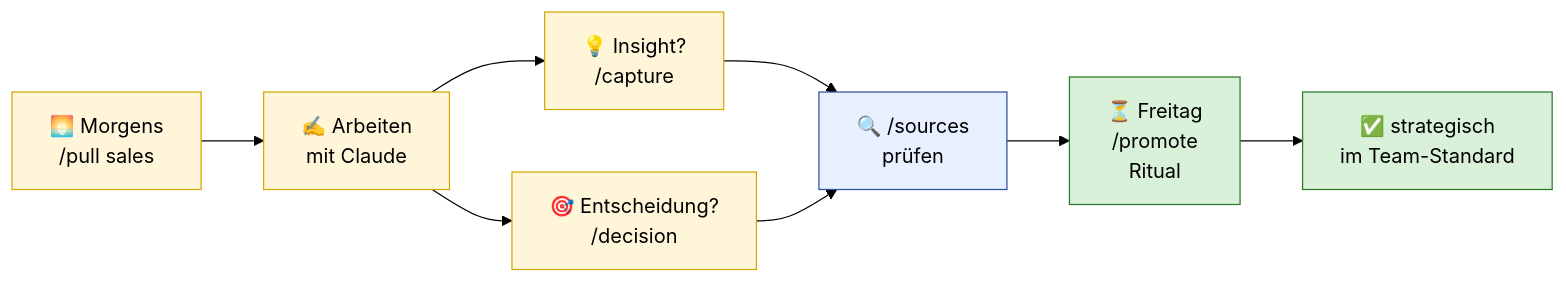
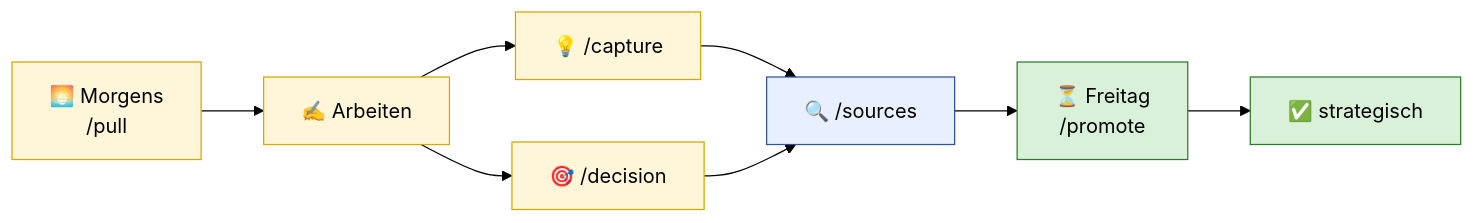
One commit to Ryzon-Performance-Sports-Apparel/mcp-setup changed the fourth of 4 diagrams in docs/knowledge-setup/meeting-agenda-sophie-luca.md. Above: the diagram before and after it, drawn with Mermaid (forest theme). The commit also changed other lines of this file, not shown here.

First line of the commit message:
docs: add 5 dimensions as central building block + simplify diagrams

````diff
--- a/docs/knowledge-setup/meeting-agenda-sophie-luca.md
+++ b/docs/knowledge-setup/meeting-agenda-sophie-luca.md
@@ -60,18 +127,18 @@
 ```mermaid
 flowchart LR
-    A["🌅 Morgens<br/>/pull sales"] --> B["✍️ Arbeiten<br/>mit Claude"]
-    B --> C["💡 Insight?<br/>/capture"]
-    B --> D["🎯 Entscheidung?<br/>/decision"]
-    C --> E["🔍 /sources<br/>prüfen"]
+    A["🌅 Morgens<br/>/pull"] --> B["✍️ Arbeiten"]
+    B --> C["💡 /capture"]
+    B --> D["🎯 /decision"]
+    C --> E["🔍 /sources"]
     D --> E
-    E --> F["⏳ Freitag<br/>/promote<br/>Ritual"]
-    F --> G["✅ strategisch<br/>im Team-Standard"]
+    E --> F["⏳ Freitag<br/>/promote"]
+    F --> G["✅ strategisch"]
 
     classDef day fill:#fff6d9,stroke:#d4a800,color:#000
     classDef check fill:#e8f0ff,stroke:#3050a0,color:#000
     classDef week fill:#d9f0d9,stroke:#2d7a2d,color:#000
 
     class A,B,C,D day
     class E check
     class F,G week
 ```
````
